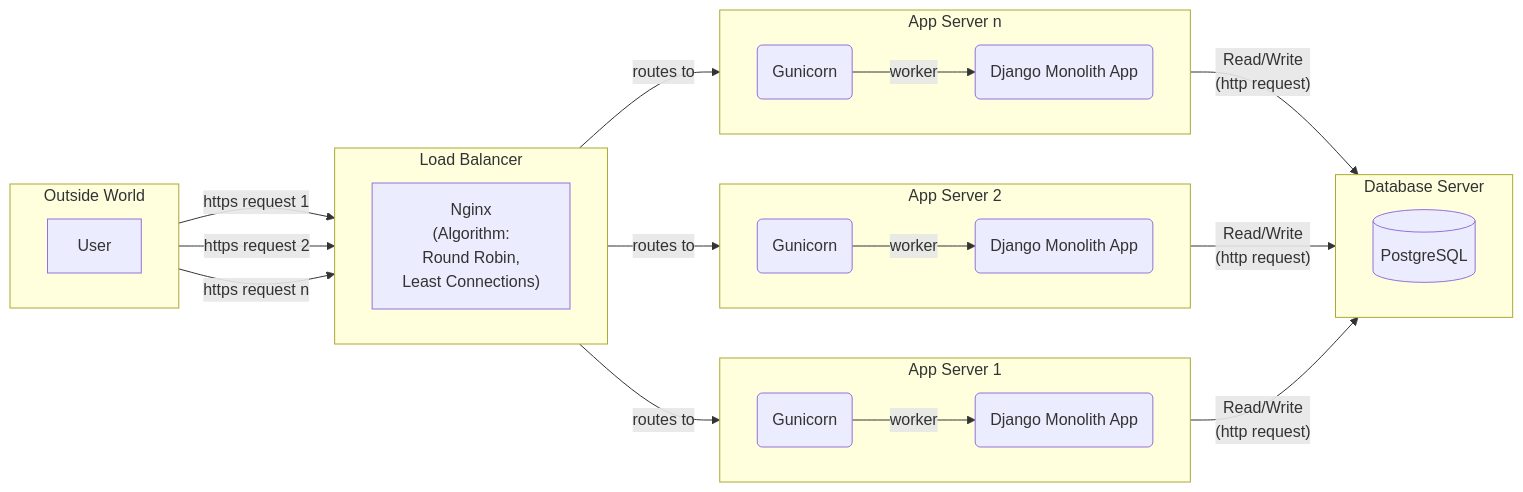
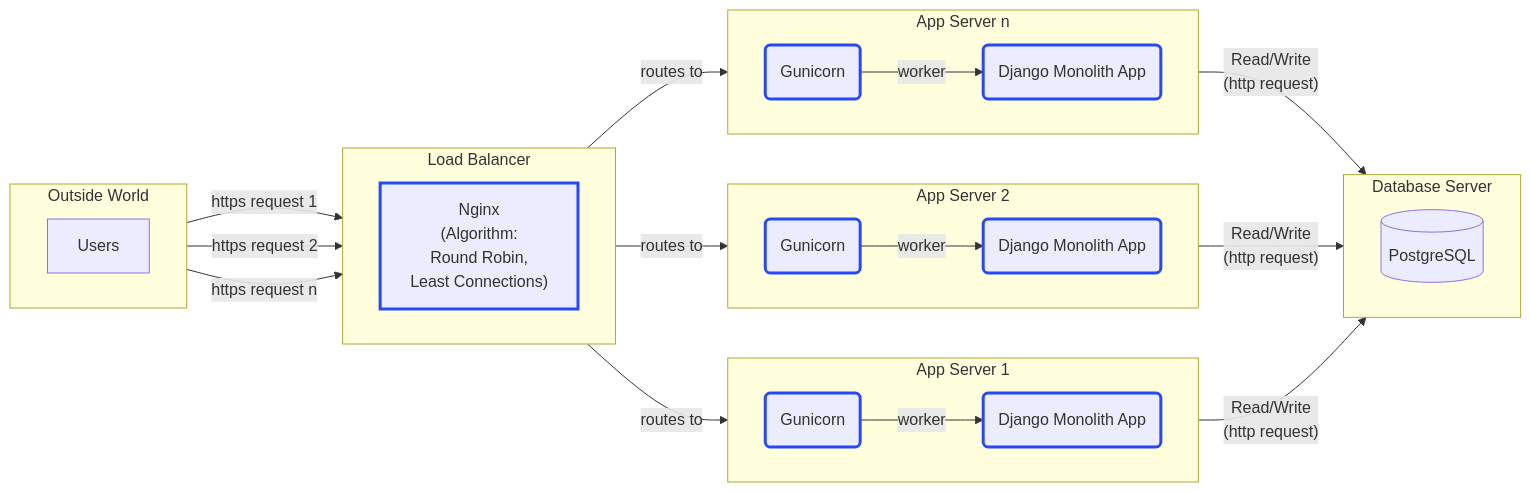
Before and after one commit to 004Ajay/The-Accidental-CTO: the fifth of 11 diagrams in Diagrams/Diagram_Only.md, drawn with Mermaid. The commit also changed other lines of this file and 9 other files, not shown here.

Commit message:
new icons; new diagrams and prev fixing; diagrams with icons

````diff
--- a/Diagrams/Diagram_Only.md
+++ b/Diagrams/Diagram_Only.md
@@ -97,50 +97,54 @@
 ```mermaid
 %%{init: {'flowchart': {'htmlLabels': false,}}}%%
 
 graph LR
   %% Nodes
-  A[User]
+  A[Users]
   N["Nginx <br> (Algorithm: <br> Round Robin, <br> Least Connections)"]
   D1(Django Monolith App)
   D2(Django Monolith App)
   Dn(Django Monolith App)
   P[(PostgreSQL)]
 
 subgraph Outside World
 direction LR
   A 
 end
 
 subgraph Load Balancer
 direction LR
   A -- https request 1 --> N
   A -- https request 2 --> N
   A -- https request n --> N
 end
 
 subgraph App Server 1
 direction LR
   N -- routes to --> G1(Gunicorn)
   G1 -- worker --> D1
   
 end
 
 subgraph App Server 2
 direction LR
   N -- routes to --> G2(Gunicorn)
   G2 -- worker --> D2
 end
 
 subgraph App Server n
 direction LR
   N -- routes to --> Gn(Gunicorn)
   Gn -- worker --> Dn
 end
 
 subgraph Database Server
 direction LR
   D1 -- Read/Write<br>(http request) --> P
   D2 -- Read/Write<br>(http request) --> P
   Dn -- Read/Write<br>(http request) --> P
 end
+
+%% Highlight new components
+classDef newEntry stroke:#2749F5,stroke-width:3px;
+class G1,D1,G2,D2,Gn,Dn,N newEntry;
 ```
````
